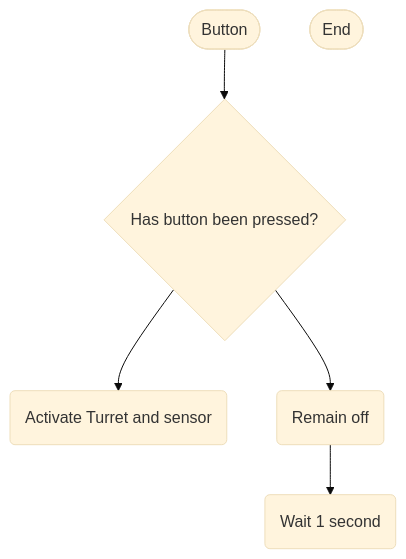
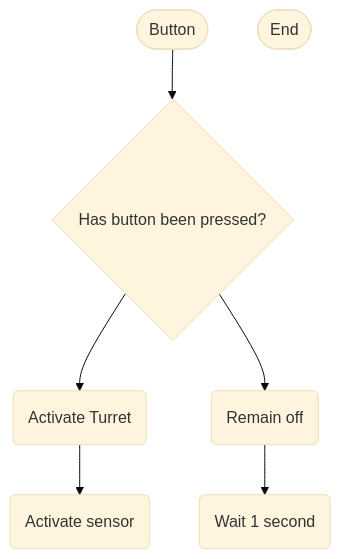
Before and after one commit to Zac2259/Smart-Turret: the diagram in logic.md, drawn with Mermaid (base theme).

````diff
--- a/logic.md
+++ b/logic.md
@@ -1,14 +1,20 @@
  ```mermaid
  flowchart TD
+ %%standby logic
 terminalStart([Button])
  terminalEnd([End])
 Buttontrigger{Has button been pressed?}
-activateturret(Activate Turret and sensor)
+activateturret(Activate Turret)
+activatesensor(Activate sensor)
 remainoff(Remain off)
 loop(Wait 1 second)
+%%Tracking logic
+
 
 terminalStart --> Buttontrigger
 Buttontrigger --> activateturret
+activateturret --> activatesensor
 Buttontrigger --> remainoff
 remainoff --> loop
+
  ```
````
